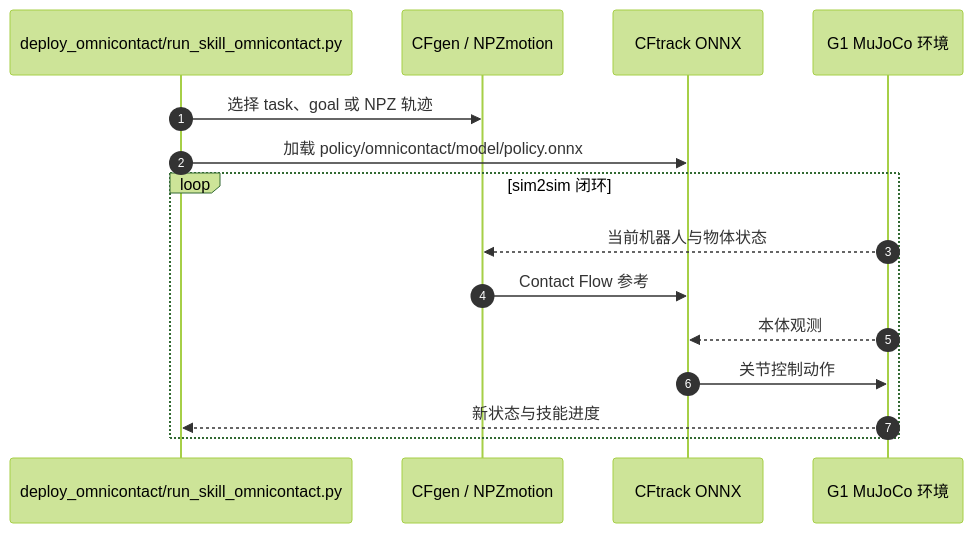
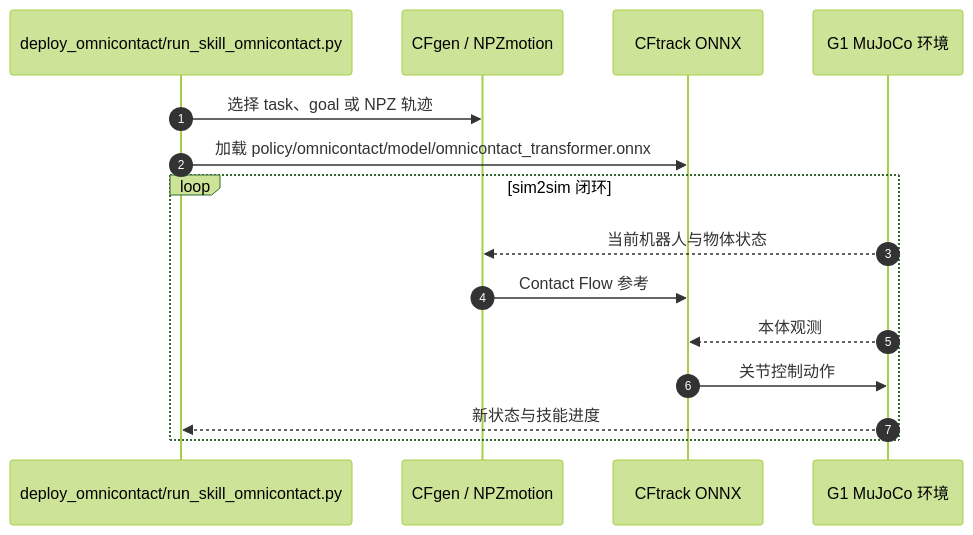
One commit to ImChong/Robotics_Notebooks changed the second of 3 diagrams in wiki/entities/paper-omnicontact-humanoid-loco-manipulation.md. Above: the diagram before and after it, drawn with Mermaid (forest theme). The commit also changed other lines of this file, not shown here.

````diff
--- a/wiki/entities/paper-omnicontact-humanoid-loco-manipulation.md
+++ b/wiki/entities/paper-omnicontact-humanoid-loco-manipulation.md
@@ -217,17 +232,17 @@
 ```mermaid
 sequenceDiagram
     autonumber
     participant E as deploy_omnicontact/run_skill_omnicontact.py
     participant G as CFgen / NPZmotion
     participant T as CFtrack ONNX
     participant M as G1 MuJoCo 环境
     E->>G: 选择 task、goal 或 NPZ 轨迹
-    E->>T: 加载 policy/omnicontact/model/policy.onnx
+    E->>T: 加载 policy/omnicontact/model/omnicontact_transformer.onnx
     loop sim2sim 闭环
         M-->>G: 当前机器人与物体状态
         G->>T: Contact Flow 参考
         M-->>T: 本体观测
         T->>M: 关节控制动作
         M-->>E: 新状态与技能进度
     end
 ```
````
